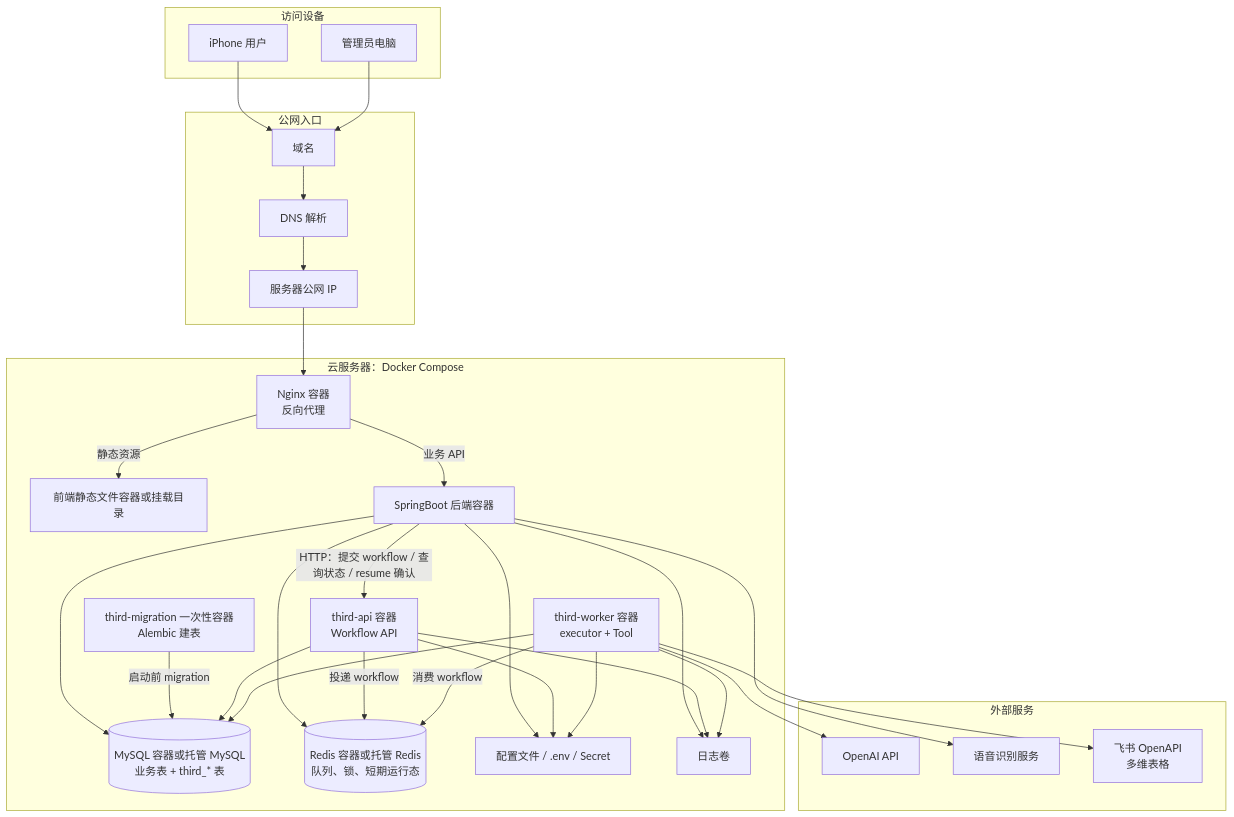
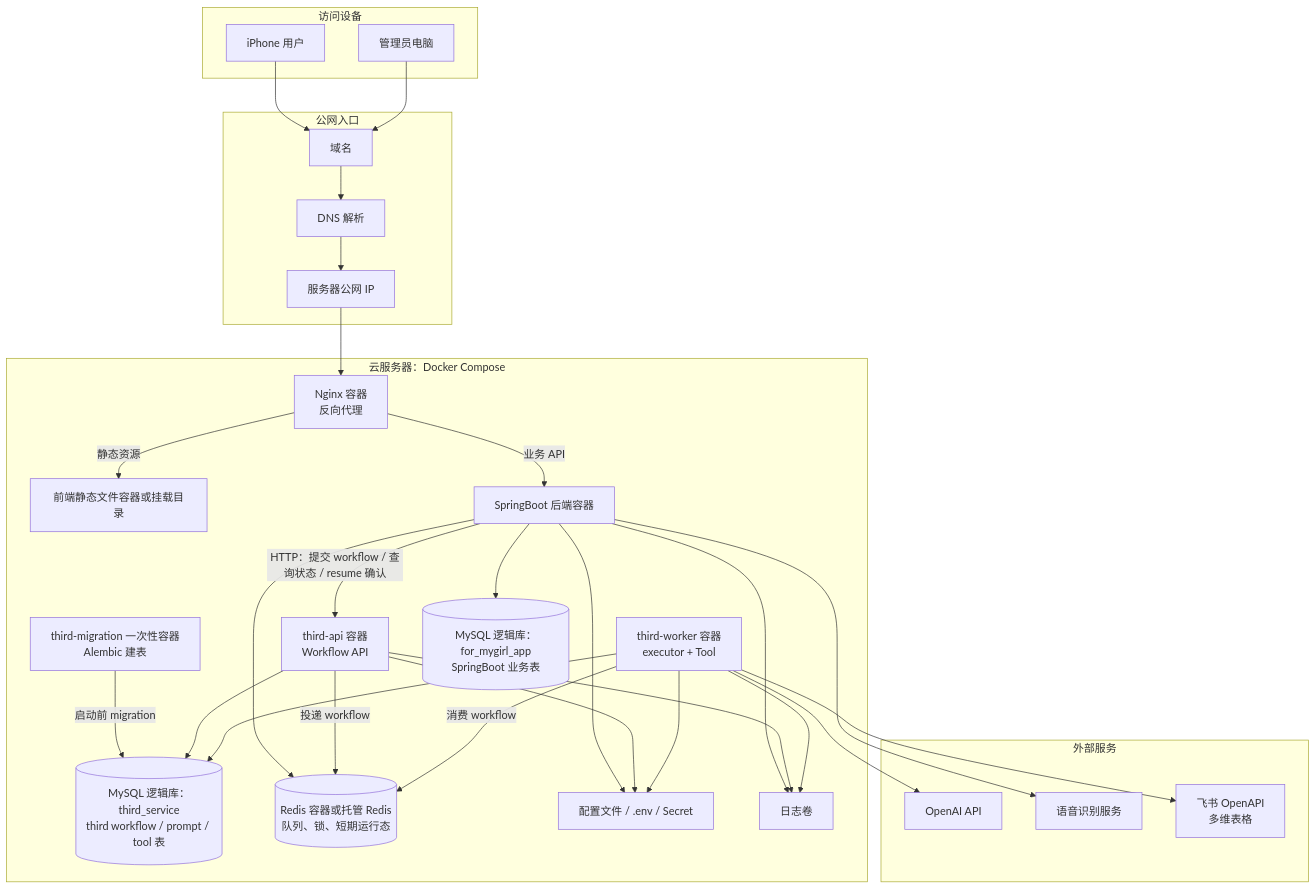
The diagram in docs/架构图/02_部署边界图.md (246706510miao-svg/for-mygirl), drawn with Mermaid before and after one commit. The commit also changed 66 other files, not shown here.

````diff
--- a/docs/架构图/02_部署边界图.md
+++ b/docs/架构图/02_部署边界图.md
@@ -1,61 +1,62 @@
 ```mermaid
 flowchart TB
     subgraph UserSide["访问设备"]
         A1["iPhone 用户"]
         A2["管理员电脑"]
     end
 
     subgraph PublicEntry["公网入口"]
         B1["域名"]
         B2["DNS 解析"]
         B3["服务器公网 IP"]
     end
 
     subgraph Server["云服务器：Docker Compose"]
         C1["Nginx 容器<br/>反向代理"]
         C2["前端静态文件容器或挂载目录"]
         C3["SpringBoot 后端容器"]
         C4A["third-api 容器<br/>Workflow API"]
         C4B["third-worker 容器<br/>executor + Tool"]
         C4C["third-migration 一次性容器<br/>Alembic 建表"]
-        C5[("MySQL 容器或托管 MySQL<br/>业务表 + third_* 表")]
+        C5A[("MySQL 逻辑库：for_mygirl_app<br/>SpringBoot 业务表")]
+        C5B[("MySQL 逻辑库：third_service<br/>third workflow / prompt / tool 表")]
         C6[("Redis 容器或托管 Redis<br/>队列、锁、短期运行态")]
         C7["配置文件 / .env / Secret"]
         C8["日志卷"]
     end
 
     subgraph External["外部服务"]
         D1["OpenAI API"]
         D2["语音识别服务"]
         D3["飞书 OpenAPI<br/>多维表格"]
     end
 
     A1 --> B1
     A2 --> B1
     B1 --> B2
     B2 --> B3
     B3 --> C1
 
     C1 -->|"静态资源"| C2
     C1 -->|"业务 API"| C3
 
     C3 -->|"HTTP：提交 workflow / 查询状态 / resume 确认"| C4A
-    C3 --> C5
+    C3 --> C5A
     C3 --> C6
     C3 --> C7
     C3 --> C8
 
-    C4C -->|"启动前 migration"| C5
-    C4A --> C5
+    C4C -->|"启动前 migration"| C5B
+    C4A --> C5B
     C4A -->|"投递 workflow"| C6
     C4B -->|"消费 workflow"| C6
-    C4B --> C5
+    C4B --> C5B
     C4A --> C7
     C4B --> C7
     C4A --> C8
     C4B --> C8
 
     C4B --> D1
     C3 --> D2
     C4B --> D3
 ```
````
